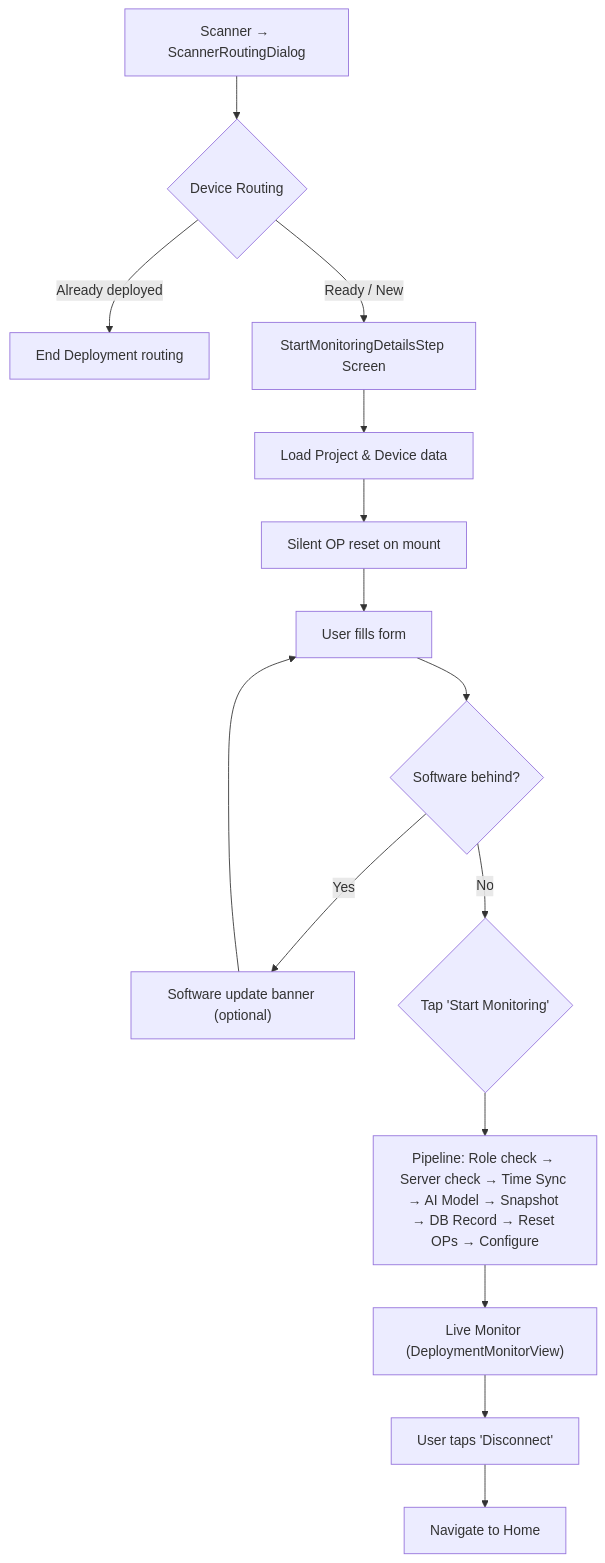
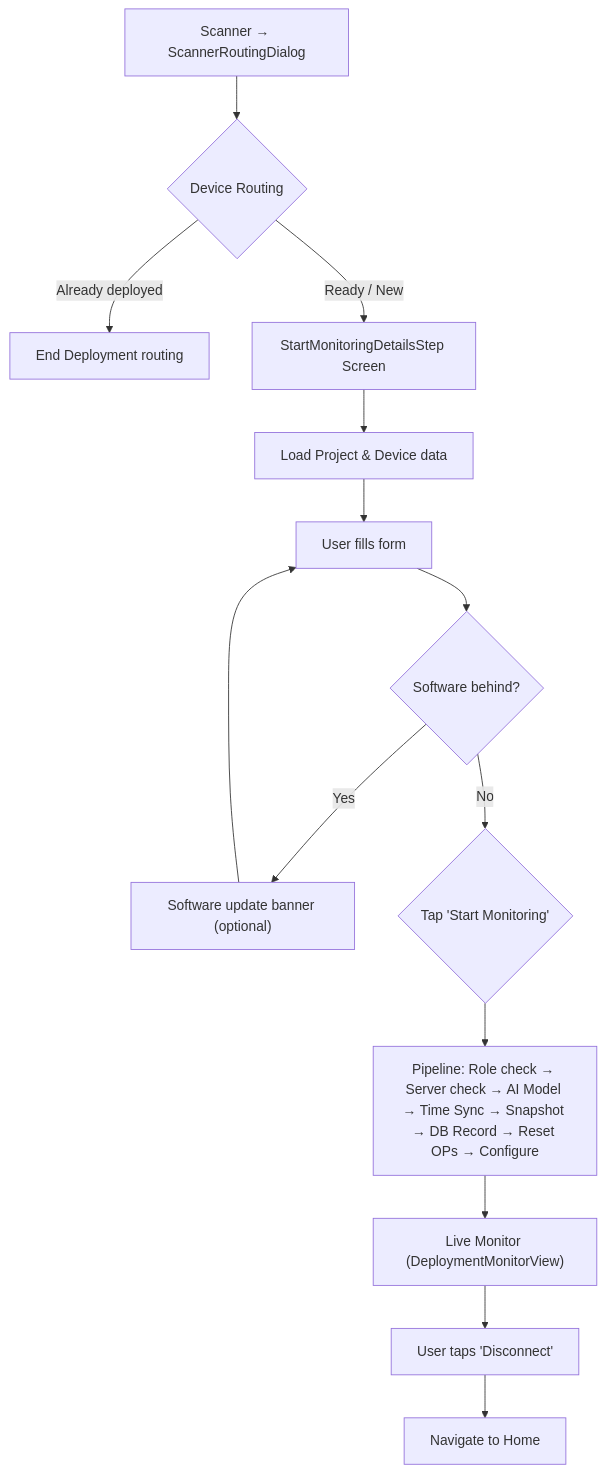
The second of 3 diagrams in documentation/onboarding/05-DEVICE-FLOWS.md (wildlifeai/ww-mobile-app), drawn with Mermaid before and after one commit. The commit also changed other lines of this file and 17 other files, not shown here.

````diff
--- a/documentation/onboarding/05-DEVICE-FLOWS.md
+++ b/documentation/onboarding/05-DEVICE-FLOWS.md
@@ -85,18 +84,17 @@
 ```mermaid
 flowchart TD
     A["Scanner → ScannerRoutingDialog"] --> B{"Device Routing"}
     B -- "Already deployed" --> C["End Deployment routing"]
     B -- "Ready / New" --> D["StartMonitoringDetailsStep Screen"]
     
     D --> E["Load Project & Device data"]
-    E --> F["Silent OP reset on mount"]
-    F --> G["User fills form"]
+    E --> G["User fills form"]
     G --> H{"Software behind?"}
     H -- Yes --> I["Software update banner (optional)"]
     I --> G
     H -- No --> J{"Tap 'Start Monitoring'"}
-    J --> K["Pipeline: Role check → Server check → Time Sync → AI Model → Snapshot → DB Record → Reset OPs → Configure"]
+    J --> K["Pipeline: Role check → Server check → AI Model → Time Sync → Snapshot → DB Record → Reset OPs → Configure"]
     K --> L["Live Monitor (DeploymentMonitorView)"]
     L --> M["User taps 'Disconnect'"]
     M --> N["Navigate to Home"]
 ```
````
